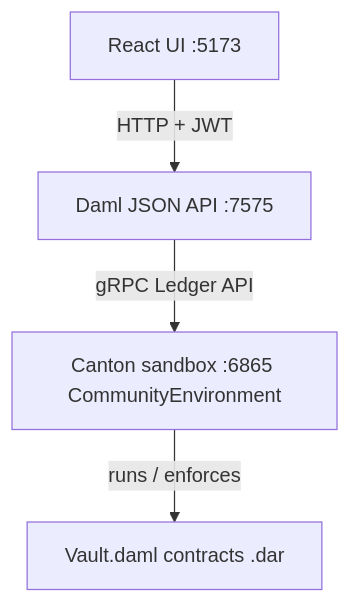
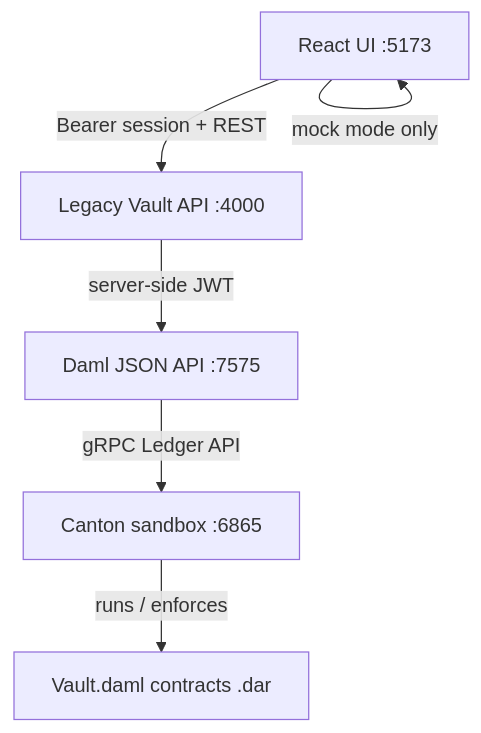
One commit to kylabuildsthings-oss/legacy-vault changed the diagram in README.md. Above: the diagram before and after it, drawn with Mermaid. The commit also changed other lines of this file and 66 other files, not shown here.

````diff
--- a/README.md
+++ b/README.md
@@ -17,11 +17,14 @@
 ```mermaid
 flowchart TB
   UI["React UI :5173"]
+  API["Legacy Vault API :4000"]
   JSON["Daml JSON API :7575"]
-  Canton["Canton sandbox :6865 CommunityEnvironment"]
+  Canton["Canton sandbox :6865"]
   Daml["Vault.daml contracts .dar"]
 
-  UI -->|"HTTP + JWT"| JSON
+  UI -->|"Bearer session + REST"| API
+  UI -->|"mock mode only"| UI
+  API -->|"server-side JWT"| JSON
   JSON -->|"gRPC Ledger API"| Canton
   Canton -->|"runs / enforces"| Daml
 ```
````
